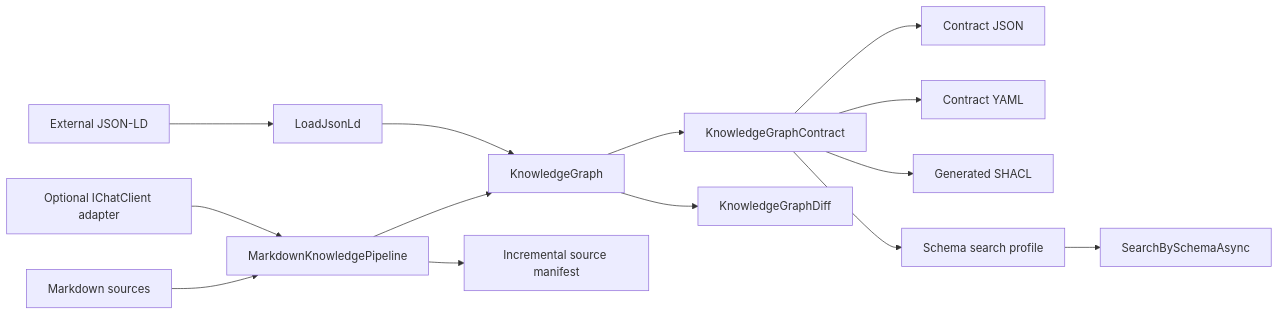
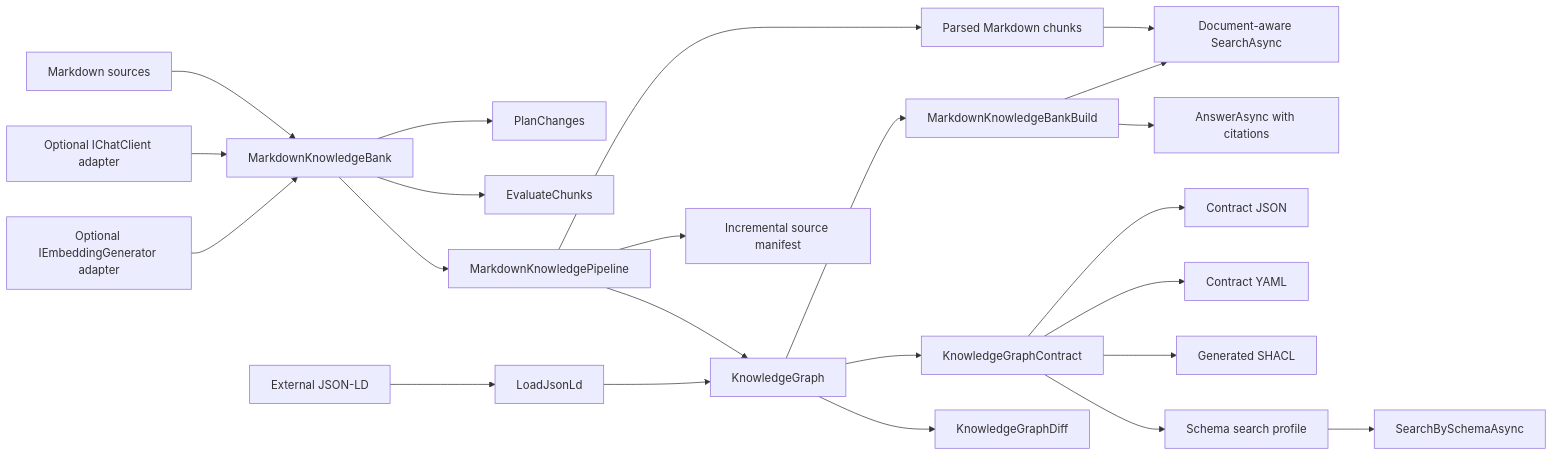
Before and after one commit to managedcode/markdown-ld-kb: the eighth of 10 diagrams in docs/Architecture.md, drawn with Mermaid. The commit also changed other lines of this file and 84 other files, not shown here.

Commit message:
Add cited answering and benchmarked graph search

````diff
--- a/docs/Architecture.md
+++ b/docs/Architecture.md
@@ -279,16 +325,25 @@
 ```mermaid
 flowchart LR
-    Sources["Markdown sources"] --> Build["MarkdownKnowledgePipeline"]
-    Ai["Optional IChatClient adapter"] --> Build
+    Sources["Markdown sources"] --> Bank["MarkdownKnowledgeBank"]
+    Ai["Optional IChatClient adapter"] --> Bank
+    Embedder["Optional IEmbeddingGenerator adapter"] --> Bank
+    Bank --> Plan["PlanChanges"]
+    Bank --> Eval["EvaluateChunks"]
+    Bank --> Build["MarkdownKnowledgePipeline"]
     Build --> Graph["KnowledgeGraph"]
+    Graph --> BankBuild["MarkdownKnowledgeBankBuild"]
+    Build --> Documents["Parsed Markdown chunks"]
+    Documents --> Ranked["Document-aware SearchAsync"]
+    BankBuild --> Ranked
+    BankBuild --> Answer["AnswerAsync with citations"]
     External["External JSON-LD"] --> Load["LoadJsonLd"]
     Load --> Graph
     Graph --> Contract["KnowledgeGraphContract"]
     Contract --> Json["Contract JSON"]
     Contract --> Yaml["Contract YAML"]
     Contract --> Shacl["Generated SHACL"]
     Contract --> SearchProfile["Schema search profile"]
     SearchProfile --> Search["SearchBySchemaAsync"]
     Graph --> Diff["KnowledgeGraphDiff"]
     Build --> Manifest["Incremental source manifest"]
 ```
````
